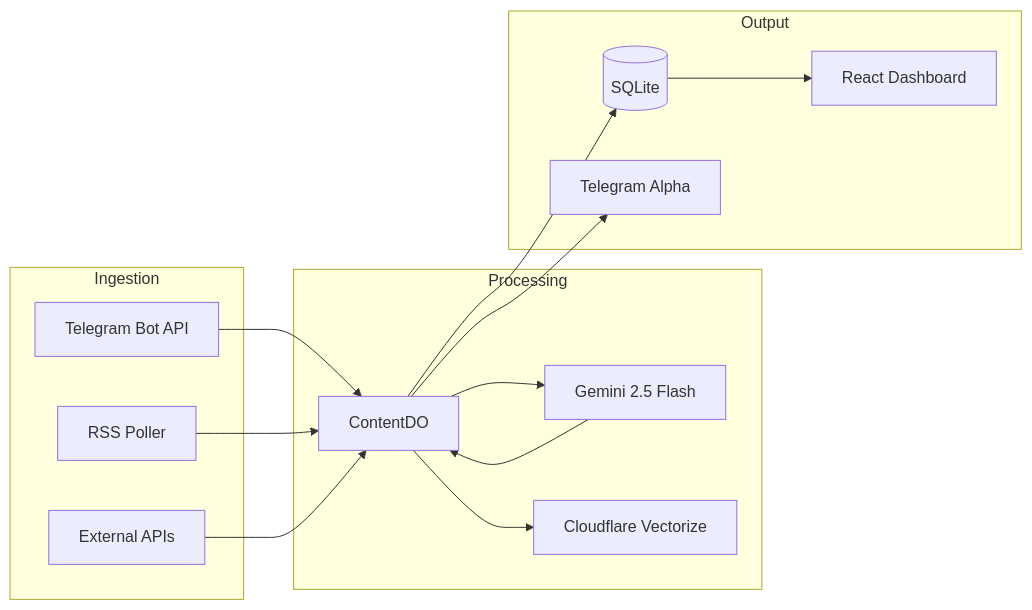
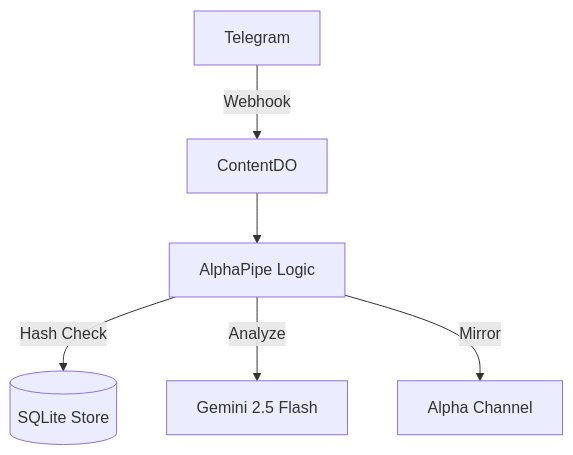
One commit to criticalinsight/content-refinery changed the diagram in docs/PRD.md. Above: the diagram before and after it, drawn with Mermaid. The commit also changed other lines of this file and 27 other files, not shown here.

Commit message:
feat: V3.0 The Alpha Pipe - Munger-Li Lu Refactor & Distillation

````diff
--- a/docs/PRD.md
+++ b/docs/PRD.md
@@ -61,30 +20,8 @@
 ```mermaid
-graph LR
-    subgraph Ingestion
-        TG[Telegram Bot API]
-        RSS[RSS Poller]
-        API[External APIs]
-    end
-
-    subgraph Processing
-        DO[ContentDO]
-        GEM[Gemini 2.5 Flash]
-        VEC[Cloudflare Vectorize]
-    end
-
-    subgraph Output
-        SQL[(SQLite)]
-        DASH[React Dashboard]
-        TG_OUT[Telegram Alpha]
-    end
-
-    TG --> DO
-    RSS --> DO
-    API --> DO
-    DO --> GEM
-    GEM --> DO
-    DO --> VEC
-    DO --> SQL
-    SQL --> DASH
-    DO --> TG_OUT
+graph TD
+    A[Telegram] -->|Webhook| B[ContentDO]
+    B --> C[AlphaPipe Logic]
+    C -->|Hash Check| D[(SQLite Store)]
+    C -->|Analyze| E[Gemini 2.5 Flash]
+    C -->|Mirror| F[Alpha Channel]
 ```
````
